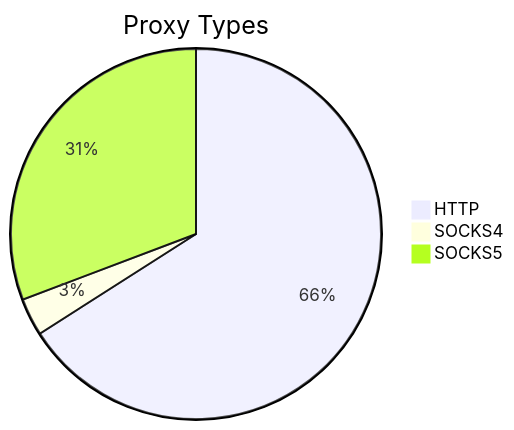
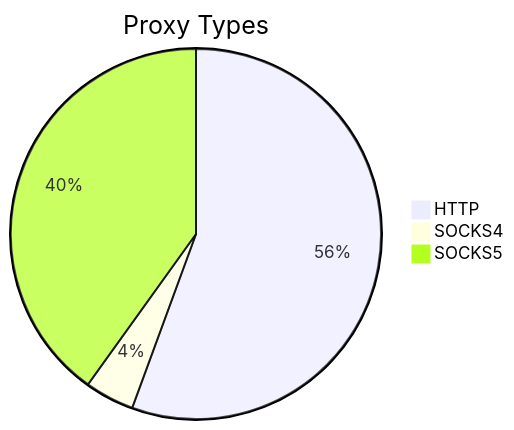
The first of 2 diagrams in README.md (stormsia/proxy-list), drawn with Mermaid before and after one commit. The commit also changed other lines of this file, not shown here.

````diff
--- a/README.md
+++ b/README.md
@@ -21,6 +21,6 @@
 ```mermaid
 pie title Proxy Types
-    "HTTP" : 624
-    "SOCKS4" : 31
-    "SOCKS5" : 291
+    "HTTP" : 760
+    "SOCKS4" : 59
+    "SOCKS5" : 548
 ```
````
